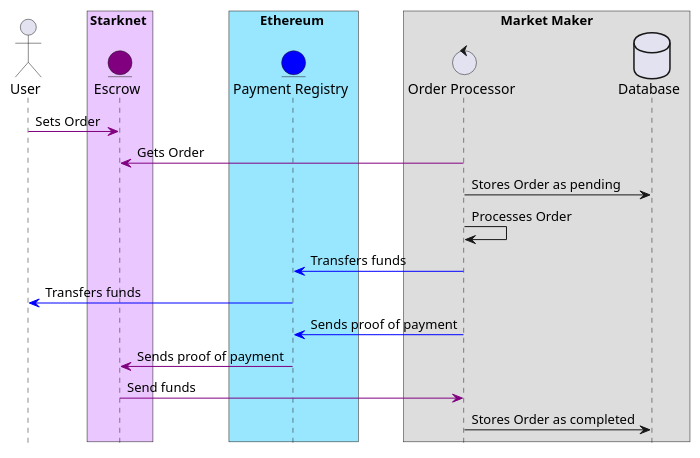
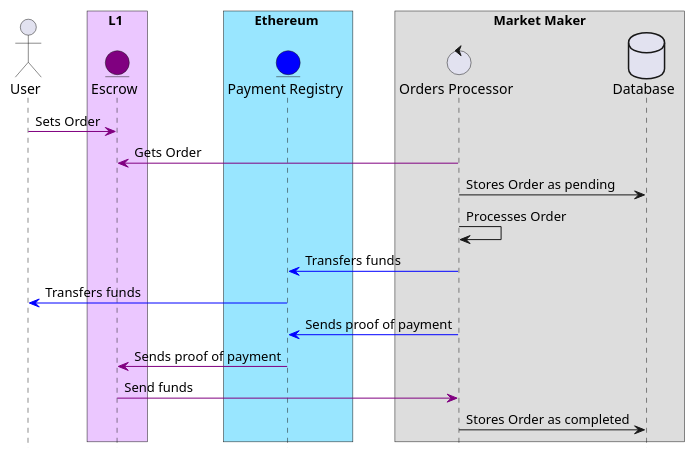
Before and after one commit to yetanotherco/yet-another-bridge: the diagram in docs/mm_bot/diagrams/order_processing.puml, drawn with PlantUML. The commit also changed 6 other files, not shown here.

```diff
--- a/docs/mm_bot/diagrams/order_processing.puml
+++ b/docs/mm_bot/diagrams/order_processing.puml
@@ -1,26 +1,26 @@
 @startuml
 hide footbox
 actor User as U
-box Starknet #ebc7ff
+box L1 #ebc7ff
 entity Escrow as E #purple
 end box
 box Ethereum #99e6ff
 entity "Payment Registry" as PR #blue
 box "Market Maker"
-control "Order Processor" as OP
+control "Orders Processor" as OP
 database Database
 end box
 
 U -[#purple]> E : Sets Order
 OP -[#purple]> E : Gets Order
 OP -> Database : Stores Order as pending
 OP -> OP : Processes Order
 OP -[#blue]> PR : Transfers funds
 PR -[#blue]> U: Transfers funds
 OP -[#blue]> PR : Sends proof of payment
 PR -[#purple]> E : Sends proof of payment
 E -[#purple]> OP : Send funds
 OP -> Database : Stores Order as completed
 
 
 @enduml
```
